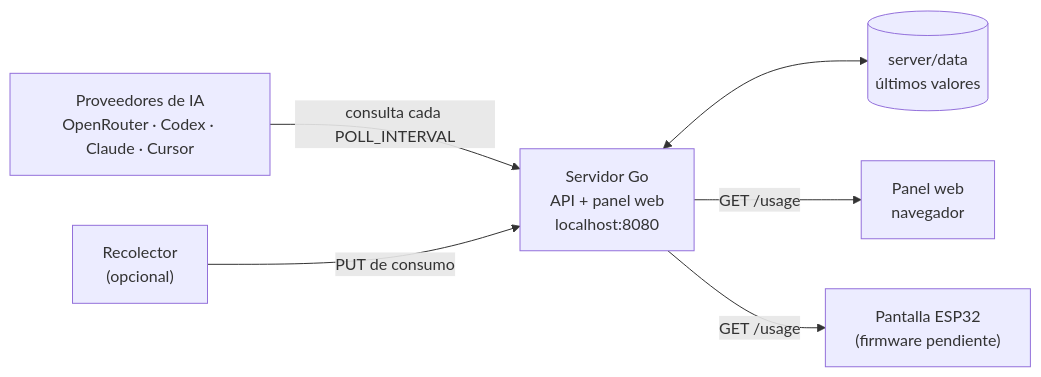
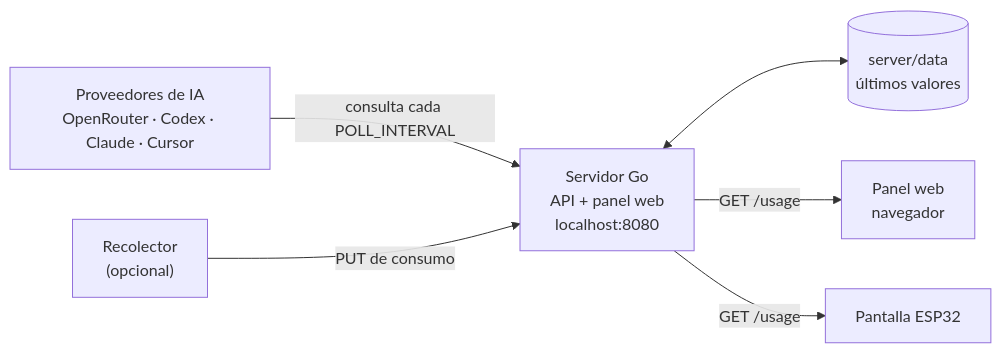
Before and after one commit to a-bianchi/ai-quota-monitor: the diagram in README.es.md, drawn with Mermaid. The commit also changed other lines of this file and 30 other files, not shown here.

````diff
--- a/README.es.md
+++ b/README.es.md
@@ -82,15 +82,15 @@
 ```mermaid
 flowchart LR
     P["Proveedores de IA<br/>OpenRouter · Codex · Claude · Cursor"]
     C["Recolector<br/>(opcional)"]
     S["Servidor Go<br/>API + panel web<br/>localhost:8080"]
     D[("server/data<br/>últimos valores")]
     W["Panel web<br/>navegador"]
-    E["Pantalla ESP32<br/>(firmware pendiente)"]
+    E["Pantalla ESP32"]
 
     P -- "consulta cada POLL_INTERVAL" --> S
     C -- "PUT de consumo" --> S
     S <--> D
     S -- "GET /usage" --> W
     S -- "GET /usage" --> E
 ```
````
